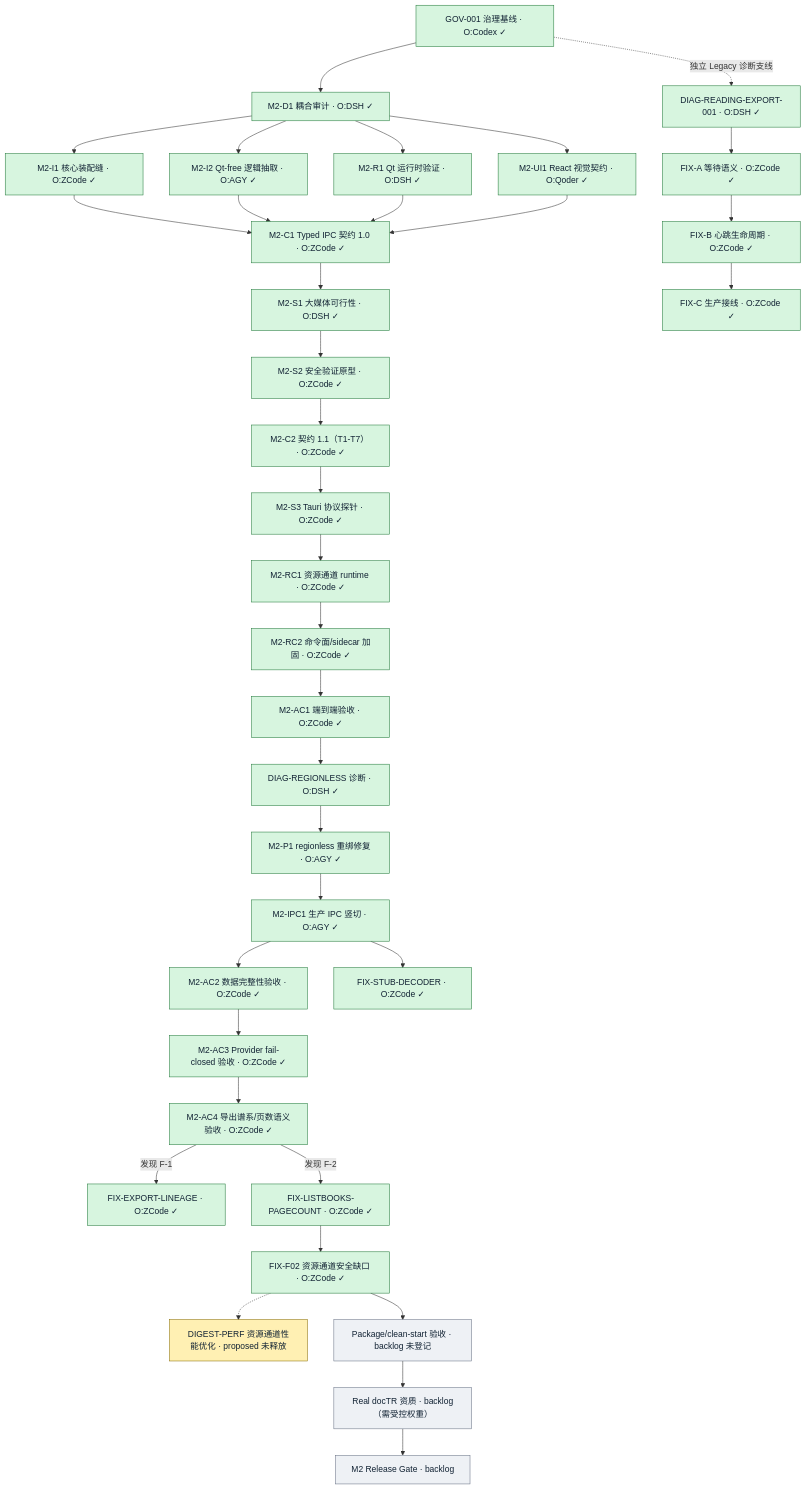
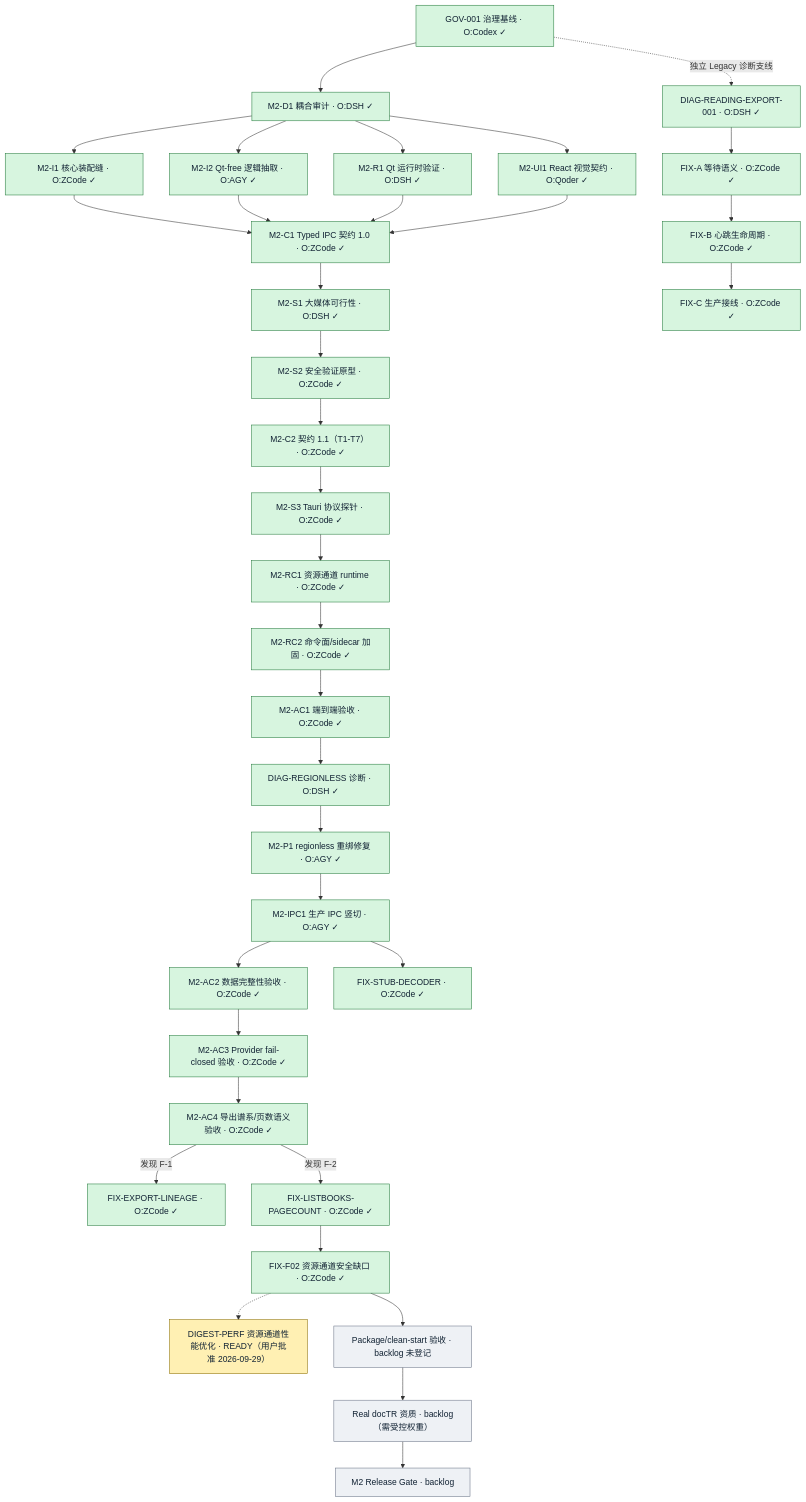
Before and after one commit to peakwheat-pixel/New-Manga: the diagram in doc/REBASELINE_PLAN.md, drawn with Mermaid. The commit also changed other lines of this file and 5 other files, not shown here.

First line of the commit message:
docs: release M2-FIX-RESOURCE-CHANNEL-DIGEST-PERF (ready, base=956e6c3a, owner=ZCode via subagent, digest-perf + GrantCache cleanup)

````diff
--- a/doc/REBASELINE_PLAN.md
+++ b/doc/REBASELINE_PLAN.md
@@ -60,47 +60,47 @@
 ```mermaid
 flowchart TD
   %% ✓ = done（已集成 main）；O = Owner；R = 非作者 Reviewer；黄色 = proposed 未释放；灰色 = backlog 未登记
   GOV["GOV-001 治理基线 · O:Codex ✓"] --> D1["M2-D1 耦合审计 · O:DSH ✓"]
   D1 --> I1["M2-I1 核心装配缝 · O:ZCode ✓"]
   D1 --> I2["M2-I2 Qt-free 逻辑抽取 · O:AGY ✓"]
   D1 --> R1["M2-R1 Qt 运行时验证 · O:DSH ✓"]
   D1 --> UI1["M2-UI1 React 视觉契约 · O:Qoder ✓"]
   I1 --> C1["M2-C1 Typed IPC 契约 1.0 · O:ZCode ✓"]
   I2 --> C1
   R1 --> C1
   UI1 --> C1
   C1 --> S1["M2-S1 大媒体可行性 · O:DSH ✓"]
   S1 --> S2["M2-S2 安全验证原型 · O:ZCode ✓"]
   S2 --> C2["M2-C2 契约 1.1（T1-T7） · O:ZCode ✓"]
   C2 --> S3["M2-S3 Tauri 协议探针 · O:ZCode ✓"]
   S3 --> RC1["M2-RC1 资源通道 runtime · O:ZCode ✓"]
   RC1 --> RC2["M2-RC2 命令面/sidecar 加固 · O:ZCode ✓"]
   RC2 --> AC1["M2-AC1 端到端验收 · O:ZCode ✓"]
   AC1 --> DGR["DIAG-REGIONLESS 诊断 · O:DSH ✓"]
   DGR --> P1["M2-P1 regionless 重绑修复 · O:AGY ✓"]
   P1 --> IPC1["M2-IPC1 生产 IPC 竖切 · O:AGY ✓"]
   IPC1 --> AC2["M2-AC2 数据完整性验收 · O:ZCode ✓"]
   AC2 --> AC3["M2-AC3 Provider fail-closed 验收 · O:ZCode ✓"]
   AC3 --> AC4["M2-AC4 导出谱系/页数语义验收 · O:ZCode ✓"]
   AC4 -->|"发现 F-1"| FXE["FIX-EXPORT-LINEAGE · O:ZCode ✓"]
   AC4 -->|"发现 F-2"| FXL["FIX-LISTBOOKS-PAGECOUNT · O:ZCode ✓"]
   IPC1 --> FXS["FIX-STUB-DECODER · O:ZCode ✓"]
   FXL --> FXF["FIX-F02 资源通道安全缺口 · O:ZCode ✓"]
   GOV -. 独立 Legacy 诊断支线 .-> DIO["DIAG-READING-EXPORT-001 · O:DSH ✓"]
   DIO --> FXA["FIX-A 等待语义 · O:ZCode ✓"]
   FXA --> FXB["FIX-B 心跳生命周期 · O:ZCode ✓"]
   FXB --> FXC["FIX-C 生产接线 · O:ZCode ✓"]
 
-  %% 未完成：候选与 backlog（均未释放，禁止实施）
-  FXF -.-> DP["DIGEST-PERF 资源通道性能优化 · proposed 未释放"]
+  %% 未完成：候选与 backlog
+  FXF -.-> DP["DIGEST-PERF 资源通道性能优化 · READY（用户批准 2026-09-29）"]
   FXF --> PKG["Package/clean-start 验收 · backlog 未登记"]
   PKG --> DOC["Real docTR 资质 · backlog（需受控权重）"]
   DOC --> RG["M2 Release Gate · backlog"]
 
   classDef done fill:#d7f5df,stroke:#237a3b,color:#123;
   classDef proposed fill:#fff0b3,stroke:#8a6d00,color:#123;
   classDef backlog fill:#eef1f5,stroke:#697386,color:#123;
   class GOV,D1,I1,I2,R1,UI1,C1,S1,S2,C2,S3,RC1,RC2,AC1,DGR,P1,IPC1,AC2,AC3,AC4,FXE,FXL,FXS,FXF,DIO,FXA,FXB,FXC done;
   class DP proposed;
   class PKG,DOC,RG backlog;
 ```
````
